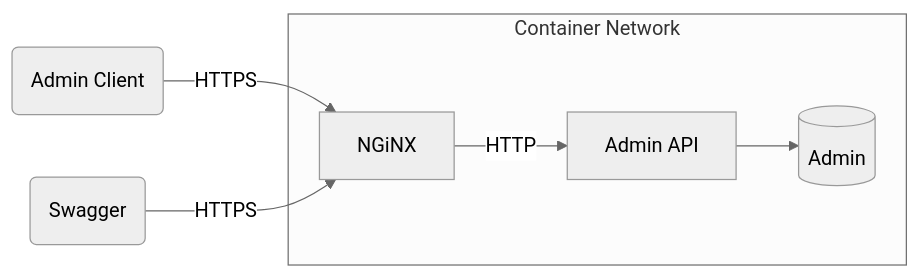
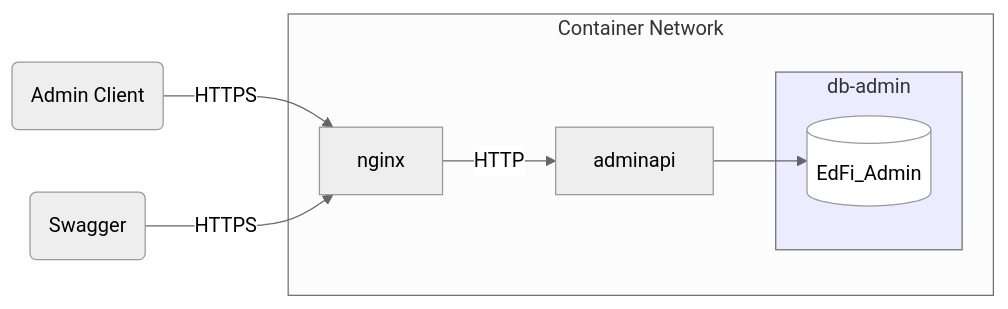
The second of 2 diagrams in docs/docker.md (Ed-Fi-Alliance-OSS/AdminAPI-1.x), drawn with Mermaid (neutral theme) before and after one commit. The commit also changed other lines of this file, not shown here.

Commit message:
Improve diagrams

````diff
--- a/docs/docker.md
+++ b/docs/docker.md
@@ -108,11 +137,18 @@
 ```mermaid
 graph LR
-    A(Admin Client) -->|HTTPS| B[NGiNX]
+    A(Admin Client) -->|HTTPS| B[nginx]
 
     subgraph Container Network
-        B --> |HTTP| C[Admin API]
-        C --> D[(Admin)]
+        B --> |HTTP| C[adminapi]
+        C --> D[(EdFi_Admin)]
+
+        subgraph db-admin
+            D
+        end
     end
 
     J(Swagger) -->|HTTPS| B
+
+style db-admin fill:#ECECFF
+style D fill:#fff
 ```
````
